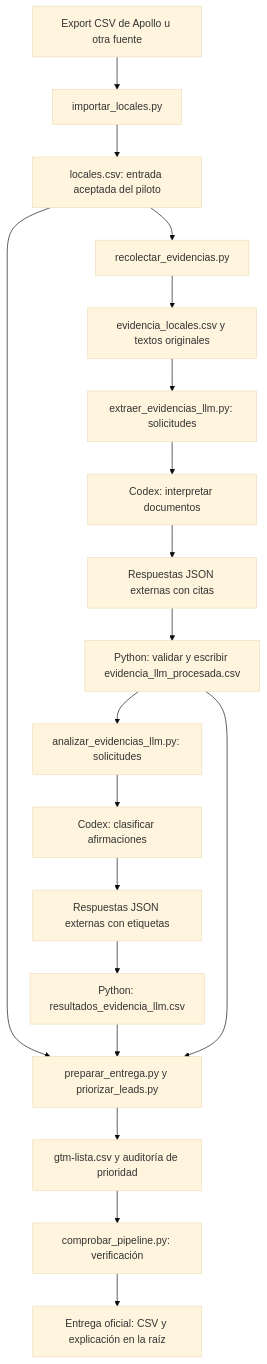
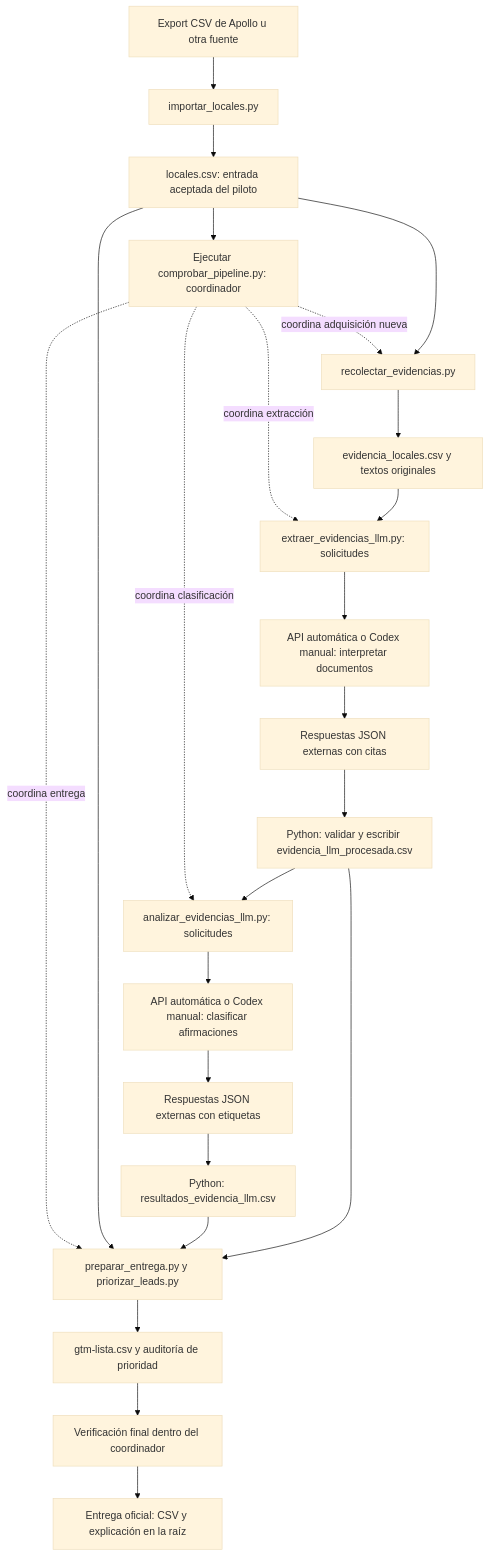
Before and after one commit to isardi4/heytruffle-analysis: the diagram in ARQUITECTURA.md, drawn with Mermaid (base theme). The commit also changed other lines of this file and 17 other files, not shown here.

Commit message:
Run fresh lead pipelines with API and explicit Codex fallback

````diff
--- a/ARQUITECTURA.md
+++ b/ARQUITECTURA.md
@@ -13,21 +13,26 @@
 ```mermaid
 flowchart TD
     A[Export CSV de Apollo u otra fuente] --> B[importar_locales.py]
     B --> C[locales.csv: entrada aceptada del piloto]
+    C --> R[Ejecutar comprobar_pipeline.py: coordinador]
+    R -. coordina adquisición nueva .-> D
+    R -. coordina extracción .-> F
+    R -. coordina clasificación .-> J
+    R -. coordina entrega .-> N
     C --> D[recolectar_evidencias.py]
     D --> E[evidencia_locales.csv y textos originales]
     E --> F[extraer_evidencias_llm.py: solicitudes]
-    F --> G[Codex: interpretar documentos]
+    F --> G[API automática o Codex manual: interpretar documentos]
     G --> H[Respuestas JSON externas con citas]
     H --> I[Python: validar y escribir evidencia_llm_procesada.csv]
     I --> J[analizar_evidencias_llm.py: solicitudes]
-    J --> K[Codex: clasificar afirmaciones]
+    J --> K[API automática o Codex manual: clasificar afirmaciones]
     K --> L[Respuestas JSON externas con etiquetas]
     L --> M[Python: resultados_evidencia_llm.csv]
     C --> N[preparar_entrega.py y priorizar_leads.py]
     M --> N
     I --> N
     N --> O[gtm-lista.csv y auditoría de prioridad]
-    O --> P[comprobar_pipeline.py: verificación]
+    O --> P[Verificación final dentro del coordinador]
     P --> Q[Entrega oficial: CSV y explicación en la raíz]
 ```
````
